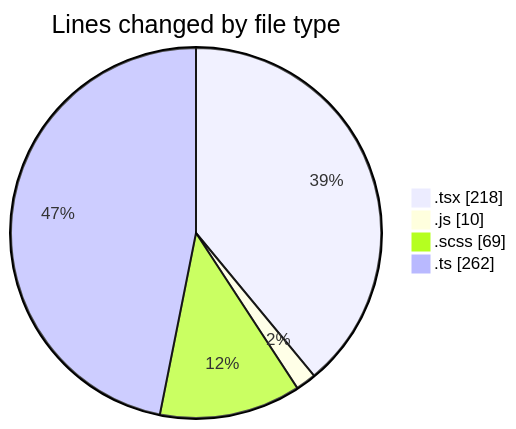
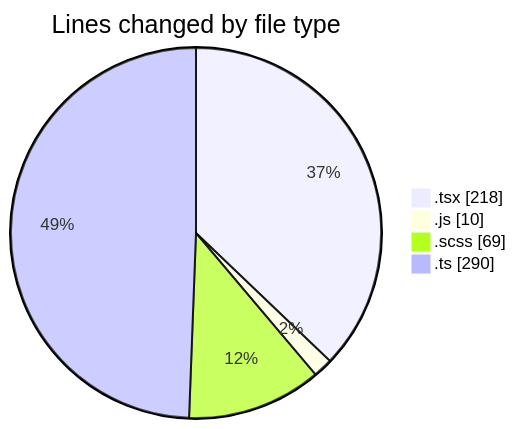
One commit to momahboobian/code-tracking changed the first of 2 diagrams in 2026-08-25/cda/README.md. Above: the diagram before and after it, drawn with Mermaid. The commit also changed other lines of this file and 1 other file, not shown here.

````diff
--- a/2026-08-25/cda/README.md
+++ b/2026-08-25/cda/README.md
@@ -27,8 +29,8 @@
 ```mermaid
 pie showData
 title Lines changed by file type
 ".tsx" : 218
 ".js" : 10
 ".scss" : 69
-".ts" : 262
+".ts" : 290
 ```
````
